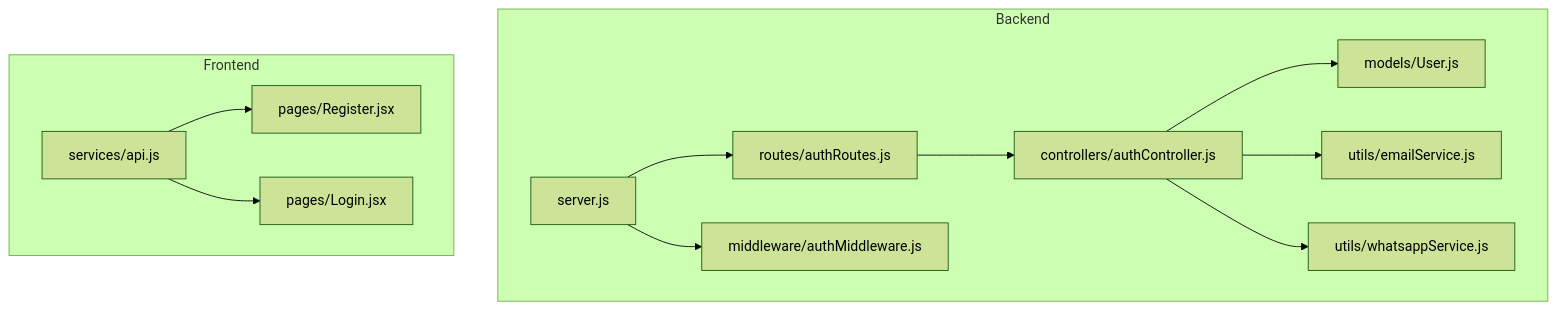
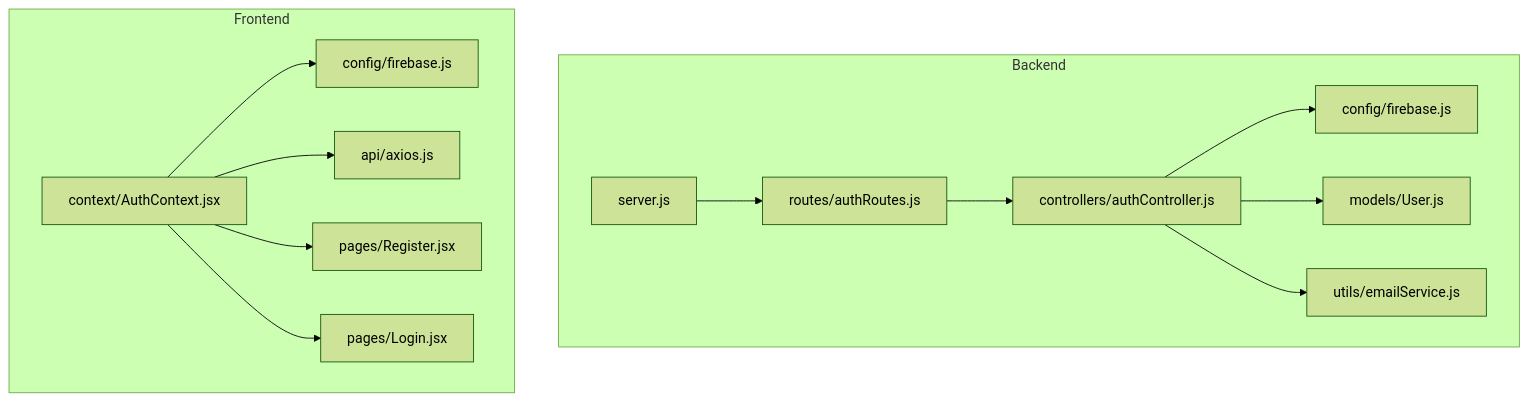
Before and after one commit to Pavan-PSPK9032/TrendsandToss: the first of 3 diagrams in .qoder/repowiki/en/content/Backend API Documentation/Authentication API.md, drawn with Mermaid (forest theme). The commit also changed other lines of this file and 9 other files, not shown here.

````diff
--- a/.qoder/repowiki/en/content/Backend API Documentation/Authentication API.md
+++ b/.qoder/repowiki/en/content/Backend API Documentation/Authentication API.md
@@ -47,25 +45,27 @@
 ```mermaid
 graph TB
 subgraph "Backend"
 S["server.js"]
 R["routes/authRoutes.js"]
 C["controllers/authController.js"]
-M["middleware/authMiddleware.js"]
+F["config/firebase.js"]
 U["models/User.js"]
 E["utils/emailService.js"]
-W["utils/whatsappService.js"]
 end
 subgraph "Frontend"
-FAPI["services/api.js"]
+FC["context/AuthContext.jsx"]
+FF["config/firebase.js"]
+AX["api/axios.js"]
 REG["pages/Register.jsx"]
 LOG["pages/Login.jsx"]
 end
 S --> R
 R --> C
+C --> F
 C --> U
 C --> E
-C --> W
-S --> M
-FAPI --> REG
-FAPI --> LOG
+FC --> FF
+FC --> AX
+FC --> REG
+FC --> LOG
 ```
````
